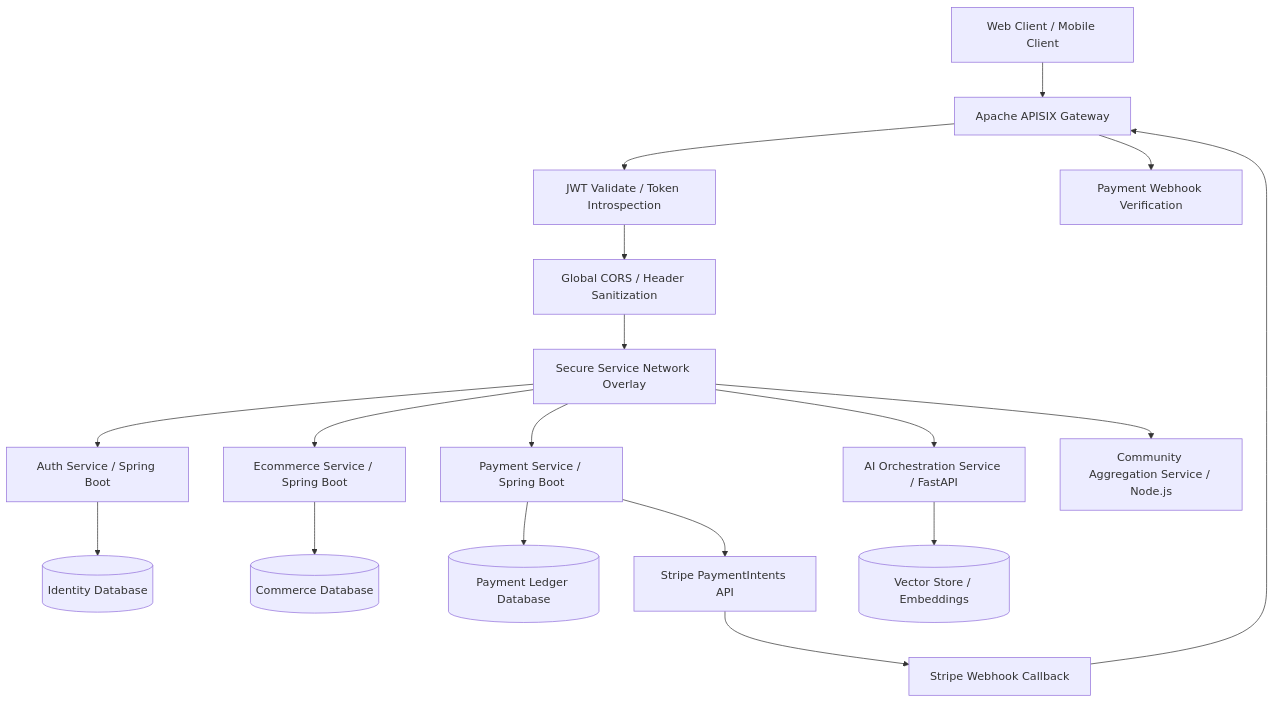
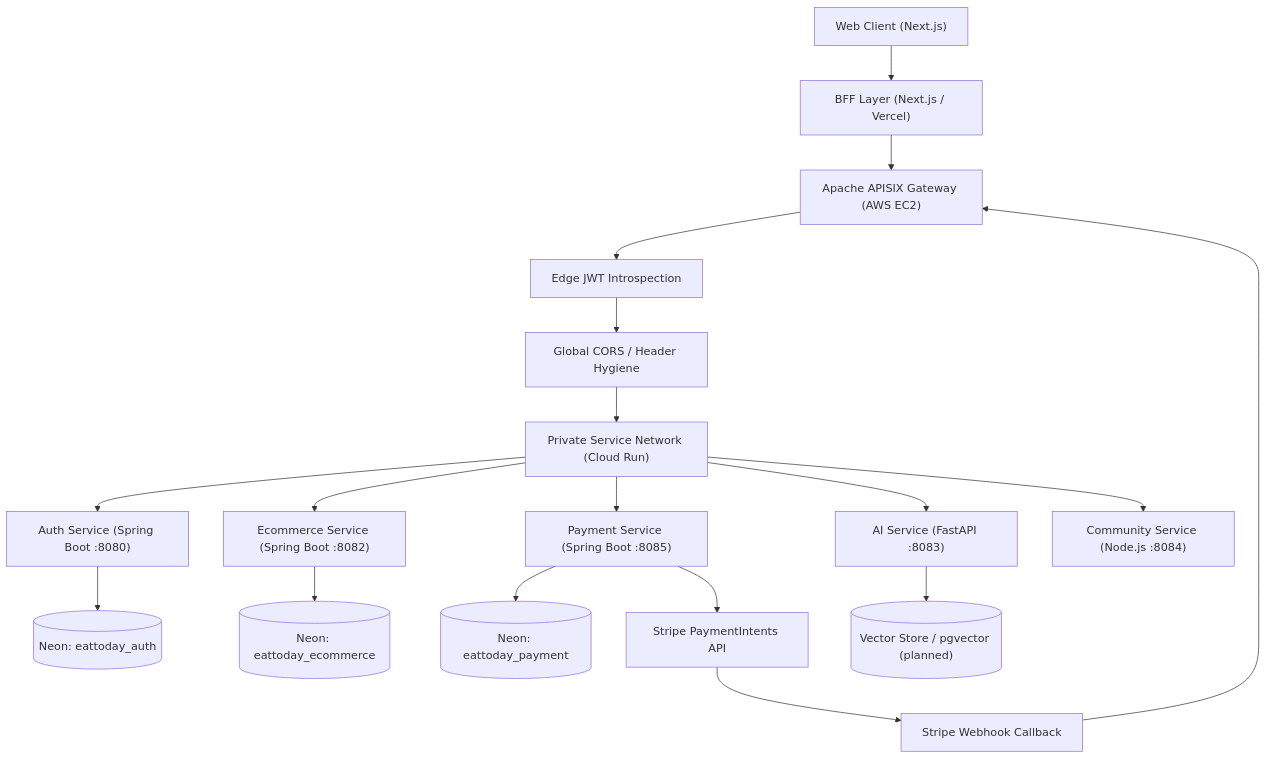
The first of 6 diagrams in README.md (JreeyL/Eattoday-Architecture-Spec), drawn with Mermaid before and after one commit. The commit also changed other lines of this file, not shown here.

Commit message:
feat(release/v0.1.0): add multi-cloud topology, JWT auth, Stripe payment, and monorepo Mermaid diagrams

````diff
--- a/README.md
+++ b/README.md
@@ -11,23 +59,24 @@
 ```mermaid
 graph TD
-    Client["Web Client / Mobile Client"] --> Edge["Apache APISIX Gateway"]
-    Edge --> JwtPolicy["JWT Validate / Token Introspection"]
-    JwtPolicy --> CorsPolicy["Global CORS / Header Sanitization"]
-    CorsPolicy --> Mesh["Secure Service Network Overlay"]
+    Client["Web Client (Next.js)"] --> BFF["BFF Layer (Next.js / Vercel)"]
+    BFF --> Edge["Apache APISIX Gateway (AWS EC2)"]
 
-    Mesh --> Auth["Auth Service / Spring Boot"]
-    Mesh --> Commerce["Ecommerce Service / Spring Boot"]
-    Mesh --> Payment["Payment Service / Spring Boot"]
-    Mesh --> AI["AI Orchestration Service / FastAPI"]
-    Mesh --> Community["Community Aggregation Service / Node.js"]
+    Edge --> JwtPolicy["Edge JWT Introspection"]
+    JwtPolicy --> CorsPolicy["Global CORS / Header Hygiene"]
+    CorsPolicy --> Mesh["Private Service Network (Cloud Run)"]
 
-    Auth --> AuthDB[("Identity Database")]
-    Commerce --> CommerceDB[("Commerce Database")]
-    Payment --> PaymentDB[("Payment Ledger Database")]
-    AI --> VectorStore[("Vector Store / Embeddings")]
+    Mesh --> Auth["Auth Service (Spring Boot :8080)"]
+    Mesh --> Commerce["Ecommerce Service (Spring Boot :8082)"]
+    Mesh --> Payment["Payment Service (Spring Boot :8085)"]
+    Mesh --> AI["AI Service (FastAPI :8083)"]
+    Mesh --> Community["Community Service (Node.js :8084)"]
+
+    Auth --> AuthDB[("Neon: eattoday_auth")]
+    Commerce --> CommerceDB[("Neon: eattoday_ecommerce")]
+    Payment --> PaymentDB[("Neon: eattoday_payment")]
+    AI --> VectorStore[("Vector Store / pgvector (planned)")]
 
     Payment --> Stripe["Stripe PaymentIntents API"]
     Stripe --> Webhook["Stripe Webhook Callback"]
     Webhook --> Edge
-    Edge --> PaymentWebhook["Payment Webhook Verification"]
 ```
````
